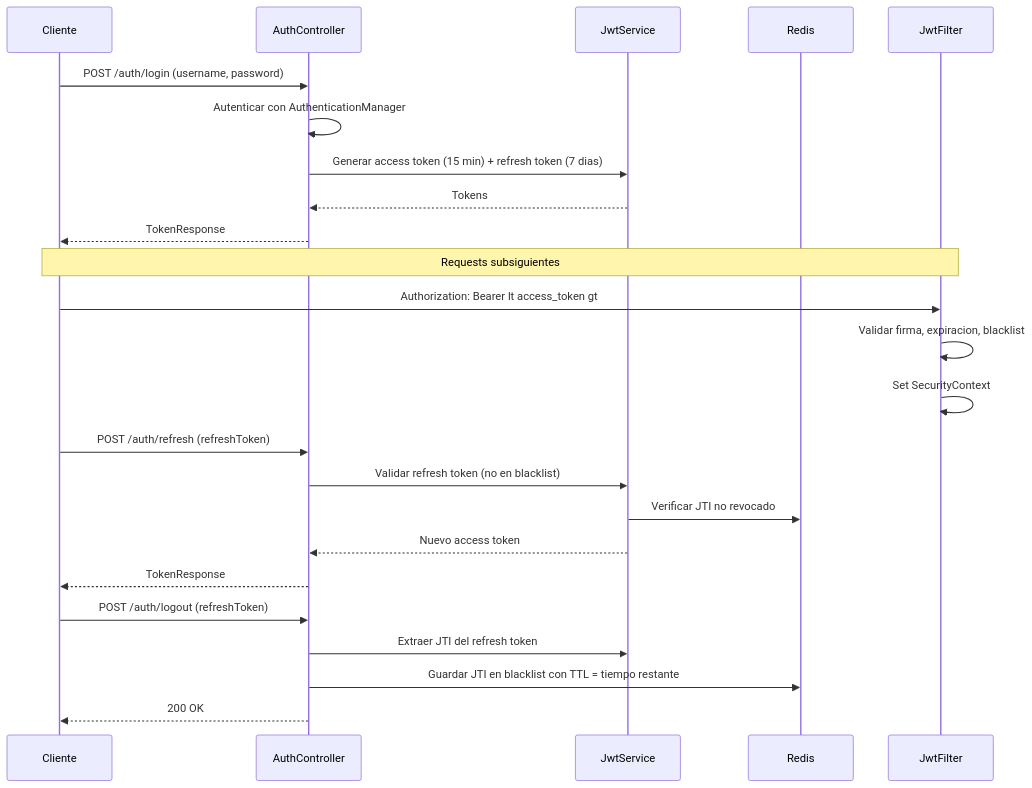
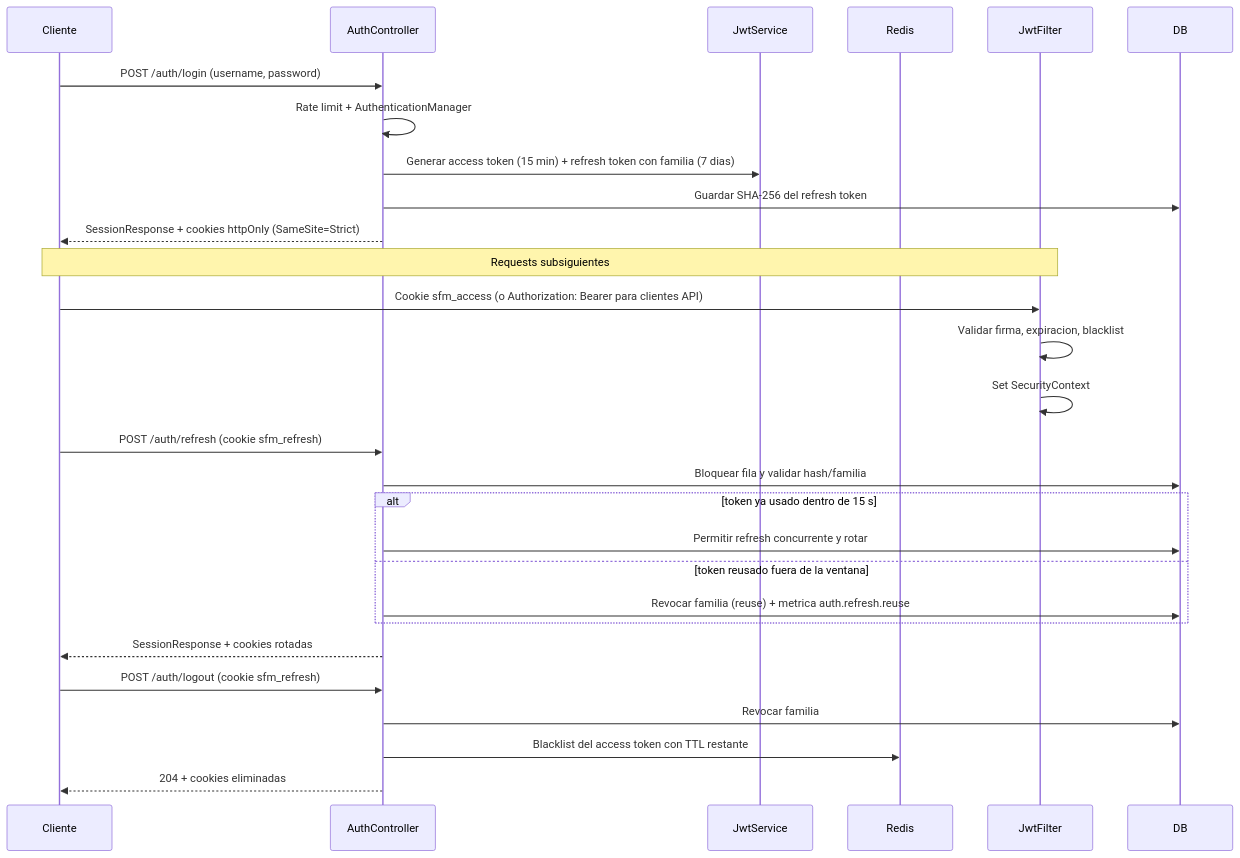
Before and after one commit to FepDev25/sistema-facturacion-medica-springboot-react-postgresql: the fifth of 6 diagrams in backend/README.md, drawn with Mermaid. The commit also changed other lines of this file and 58 other files, not shown here.

````diff
--- a/backend/README.md
+++ b/backend/README.md
@@ -236,30 +236,33 @@
 ```mermaid
 sequenceDiagram
     participant C as Cliente
     participant A as AuthController
     participant J as JwtService
     participant R as Redis
     participant F as JwtFilter
 
     C->>A: POST /auth/login (username, password)
-    A->>A: Autenticar con AuthenticationManager
-    A->>J: Generar access token (15 min) + refresh token (7 dias)
-    J-->>A: Tokens
-    A-->>C: TokenResponse
+    A->>A: Rate limit + AuthenticationManager
+    A->>J: Generar access token (15 min) + refresh token con familia (7 dias)
+    A->>DB: Guardar SHA-256 del refresh token
+    A-->>C: SessionResponse + cookies httpOnly (SameSite=Strict)
 
     Note over C,F: Requests subsiguientes
-    C->>F: Authorization: Bearer lt access_token gt
+    C->>F: Cookie sfm_access (o Authorization: Bearer para clientes API)
     F->>F: Validar firma, expiracion, blacklist
     F->>F: Set SecurityContext
 
-    C->>A: POST /auth/refresh (refreshToken)
-    A->>J: Validar refresh token (no en blacklist)
-    J->>R: Verificar JTI no revocado
-    J-->>A: Nuevo access token
-    A-->>C: TokenResponse
+    C->>A: POST /auth/refresh (cookie sfm_refresh)
+    A->>DB: Bloquear fila y validar hash/familia
+    alt token ya usado dentro de 15 s
+        A->>DB: Permitir refresh concurrente y rotar
+    else token reusado fuera de la ventana
+        A->>DB: Revocar familia (reuse) + metrica auth.refresh.reuse
+    end
+    A-->>C: SessionResponse + cookies rotadas
 
-    C->>A: POST /auth/logout (refreshToken)
-    A->>J: Extraer JTI del refresh token
-    A->>R: Guardar JTI en blacklist con TTL = tiempo restante
-    A-->>C: 200 OK
+    C->>A: POST /auth/logout (cookie sfm_refresh)
+    A->>DB: Revocar familia
+    A->>R: Blacklist del access token con TTL restante
+    A-->>C: 204 + cookies eliminadas
 ```
````
